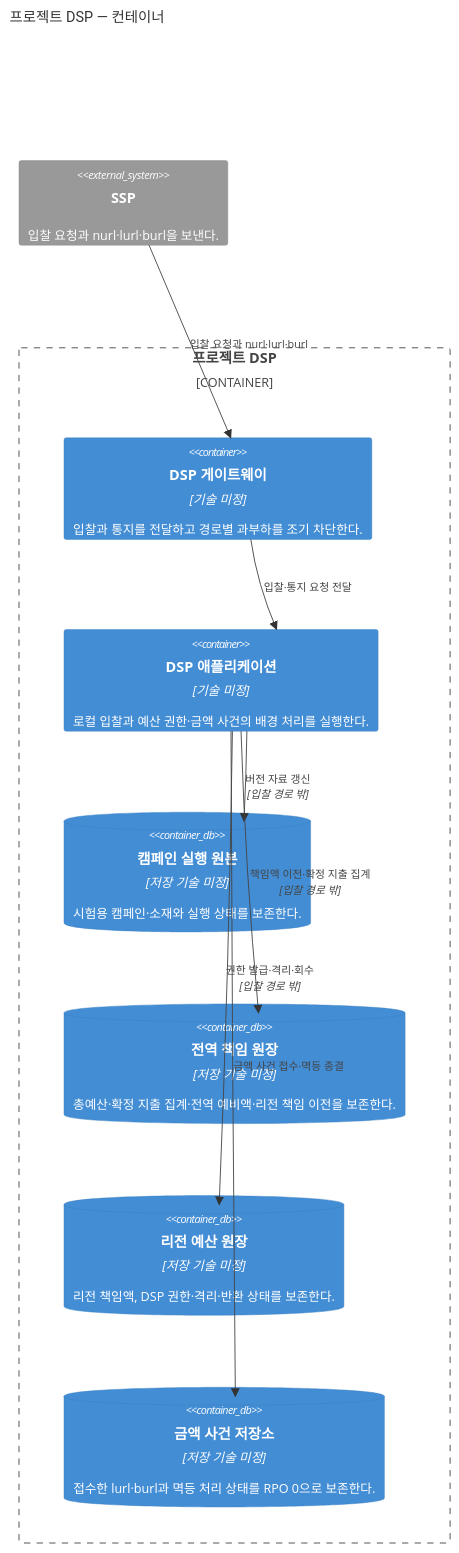
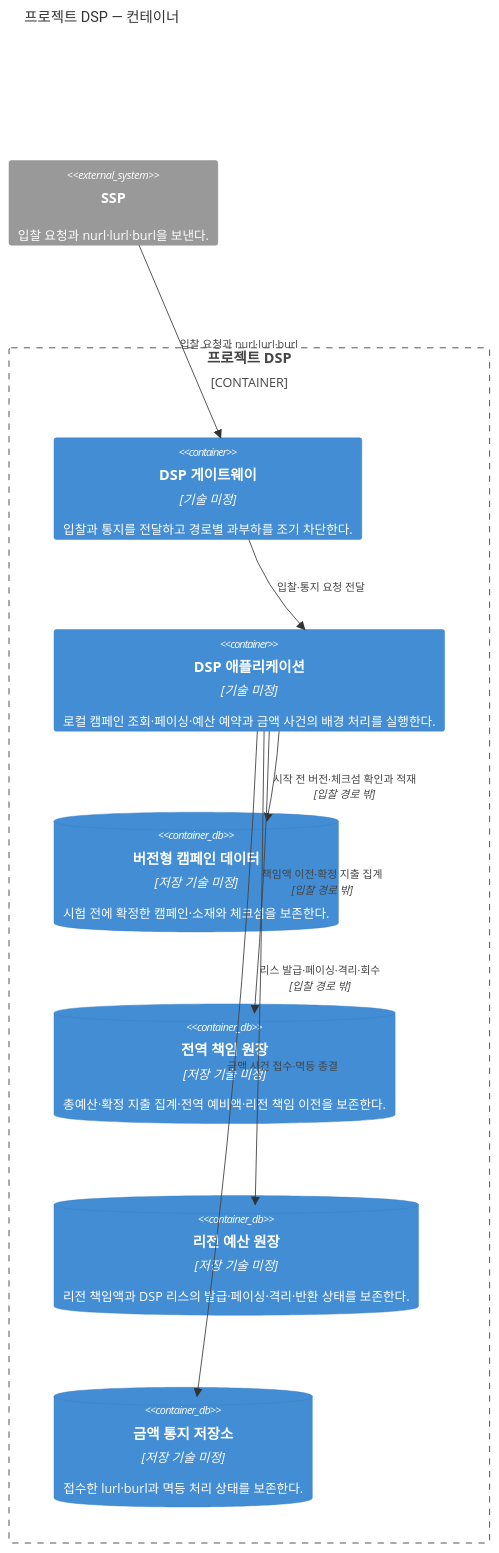
One commit to bbororo5/low-latency-openrtb-auction changed the diagram in docs/architecture/views/dsp-containers.md. Above: the diagram before and after it, drawn with Mermaid. The commit also changed other lines of this file and 13 other files, not shown here.

Commit message:
docs: align requirements and architecture boundaries

````diff
--- a/docs/architecture/views/dsp-containers.md
+++ b/docs/architecture/views/dsp-containers.md
@@ -9,24 +9,24 @@
 ```mermaid
 C4Container
     title 프로젝트 DSP — 컨테이너
 
     System_Ext(ssp, "SSP", "입찰 요청과 nurl·lurl·burl을 보낸다.")
 
     Container_Boundary(project_dsp, "프로젝트 DSP") {
         Container(gateway, "DSP 게이트웨이", "기술 미정", "입찰과 통지를 전달하고 경로별 과부하를 조기 차단한다.")
-        Container(dsp_application, "DSP 애플리케이션", "기술 미정", "로컬 입찰과 예산 권한·금액 사건의 배경 처리를 실행한다.")
-        ContainerDb(campaign_store, "캠페인 실행 원본", "저장 기술 미정", "시험용 캠페인·소재와 실행 상태를 보존한다.")
+        Container(dsp_application, "DSP 애플리케이션", "기술 미정", "로컬 캠페인 조회·페이싱·예산 예약과 금액 사건의 배경 처리를 실행한다.")
+        ContainerDb(campaign_store, "버전형 캠페인 데이터", "저장 기술 미정", "시험 전에 확정한 캠페인·소재와 체크섬을 보존한다.")
         ContainerDb(global_ledger, "전역 책임 원장", "저장 기술 미정", "총예산·확정 지출 집계·전역 예비액·리전 책임 이전을 보존한다.")
-        ContainerDb(regional_ledger, "리전 예산 원장", "저장 기술 미정", "리전 책임액, DSP 권한·격리·반환 상태를 보존한다.")
-        ContainerDb(money_store, "금액 사건 저장소", "저장 기술 미정", "접수한 lurl·burl과 멱등 처리 상태를 RPO 0으로 보존한다.")
+        ContainerDb(regional_ledger, "리전 예산 원장", "저장 기술 미정", "리전 책임액과 DSP 리스의 발급·페이싱·격리·반환 상태를 보존한다.")
+        ContainerDb(money_store, "금액 통지 저장소", "저장 기술 미정", "접수한 lurl·burl과 멱등 처리 상태를 보존한다.")
     }
 
     Rel(ssp, gateway, "입찰 요청과 nurl·lurl·burl")
     Rel(gateway, dsp_application, "입찰·통지 요청 전달")
-    Rel(dsp_application, campaign_store, "버전 자료 갱신", "입찰 경로 밖")
+    Rel(dsp_application, campaign_store, "시작 전 버전·체크섬 확인과 적재", "입찰 경로 밖")
     Rel(dsp_application, global_ledger, "책임액 이전·확정 지출 집계", "입찰 경로 밖")
-    Rel(dsp_application, regional_ledger, "권한 발급·격리·회수", "입찰 경로 밖")
+    Rel(dsp_application, regional_ledger, "리스 발급·페이싱·격리·회수", "입찰 경로 밖")
     Rel(dsp_application, money_store, "금액 사건 접수·멱등 종결")
 
     UpdateLayoutConfig($c4ShapeInRow="3", $c4BoundaryInRow="1")
 ```
````
